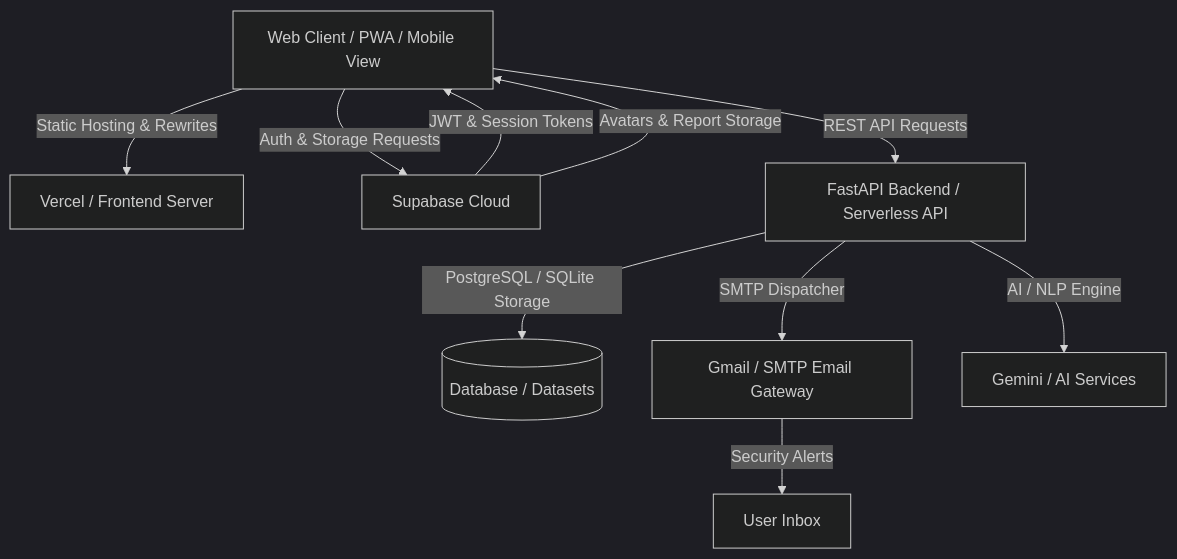
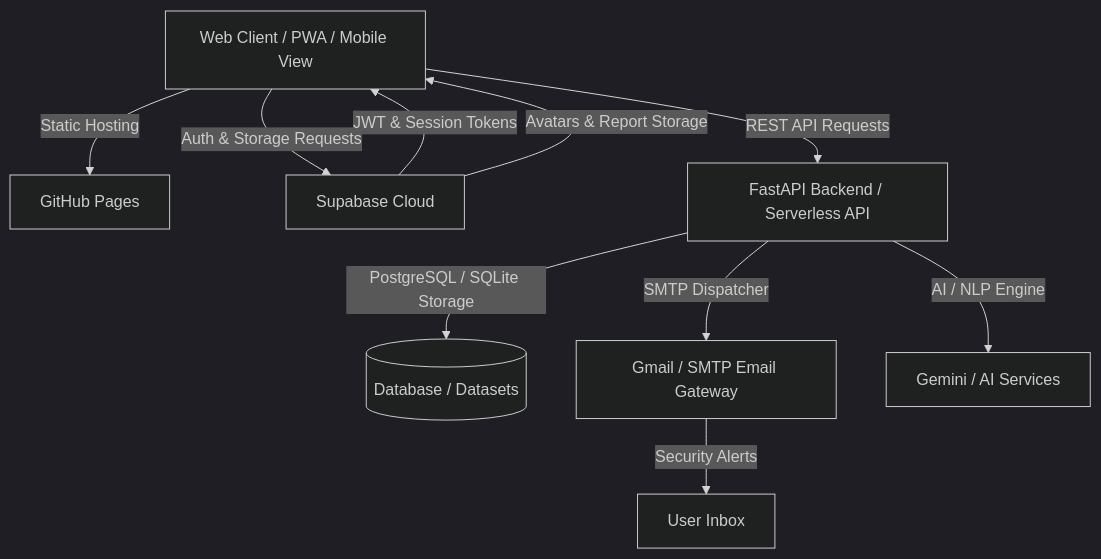
The diagram in README.md (rahul020307/ai_healthcare_system), drawn with Mermaid (dark theme) before and after one commit. The commit also changed other lines of this file, not shown here.

Commit message:
Retire obsolete Vercel references

````diff
--- a/README.md
+++ b/README.md
@@ -57,12 +57,12 @@
 ```mermaid
 graph TD
-    A[Web Client / PWA / Mobile View] -->|Static Hosting & Rewrites| B[Vercel / Frontend Server]
+    A[Web Client / PWA / Mobile View] -->|Static Hosting| B[GitHub Pages]
     A -->|Auth & Storage Requests| C[Supabase Cloud]
     C -->|JWT & Session Tokens| A
     C -->|Avatars & Report Storage| A
     A -->|REST API Requests| D[FastAPI Backend / Serverless API]
     D -->|PostgreSQL / SQLite Storage| E[(Database / Datasets)]
     D -->|SMTP Dispatcher| F[Gmail / SMTP Email Gateway]
     D -->|AI / NLP Engine| G[Gemini / AI Services]
     F -->|Security Alerts| H[User Inbox]
 ```
````
